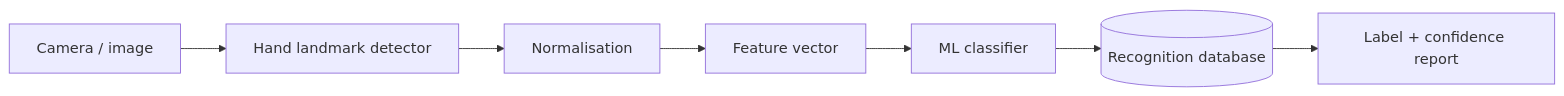
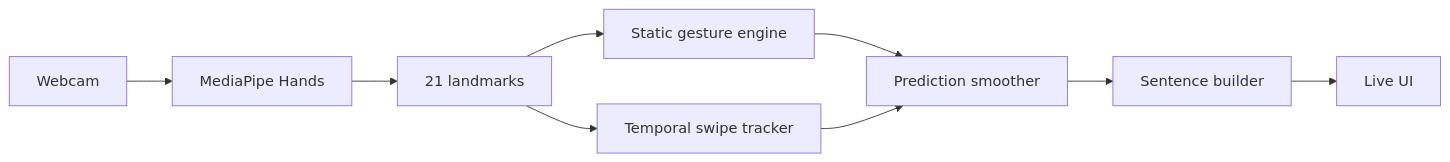
Before and after one commit to rsswethaa/hand-sign-recognition: the diagram in README.md, drawn with Mermaid. The commit also changed other lines of this file and 10 other files, not shown here.

Commit message:
Upgrade hand sign project to live webcam product

````diff
--- a/README.md
+++ b/README.md
@@ -17,9 +23,11 @@
 ```mermaid
 flowchart LR
-  C[Camera / image] --> H[Hand landmark detector]
-  H --> N[Normalisation]
-  N --> V[Feature vector]
-  V --> M[ML classifier]
-  M --> DB[(Recognition database)]
-  DB --> R[Label + confidence report]
+  C[Webcam] --> MP[MediaPipe Hands]
+  MP --> L[21 landmarks]
+  L --> S[Static gesture engine]
+  L --> T[Temporal swipe tracker]
+  S --> M[Prediction smoother]
+  T --> M
+  M --> B[Sentence builder]
+  B --> UI[Live UI]
 ```
````
